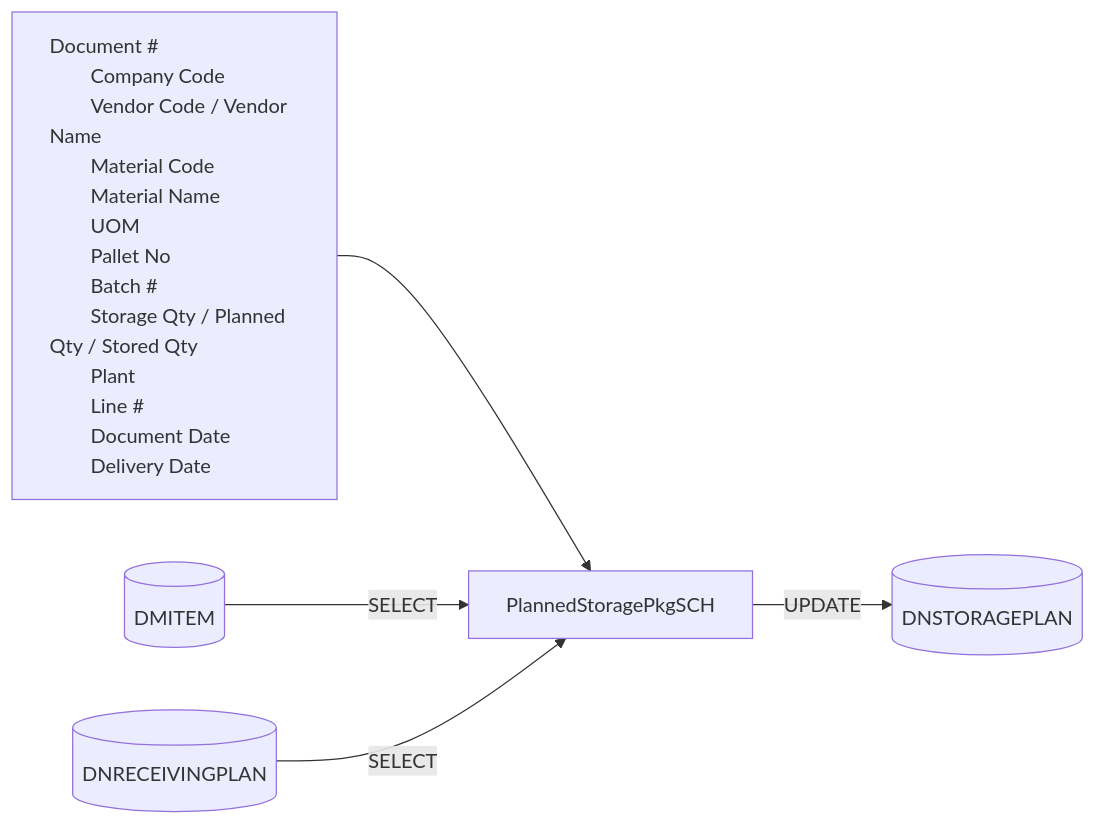
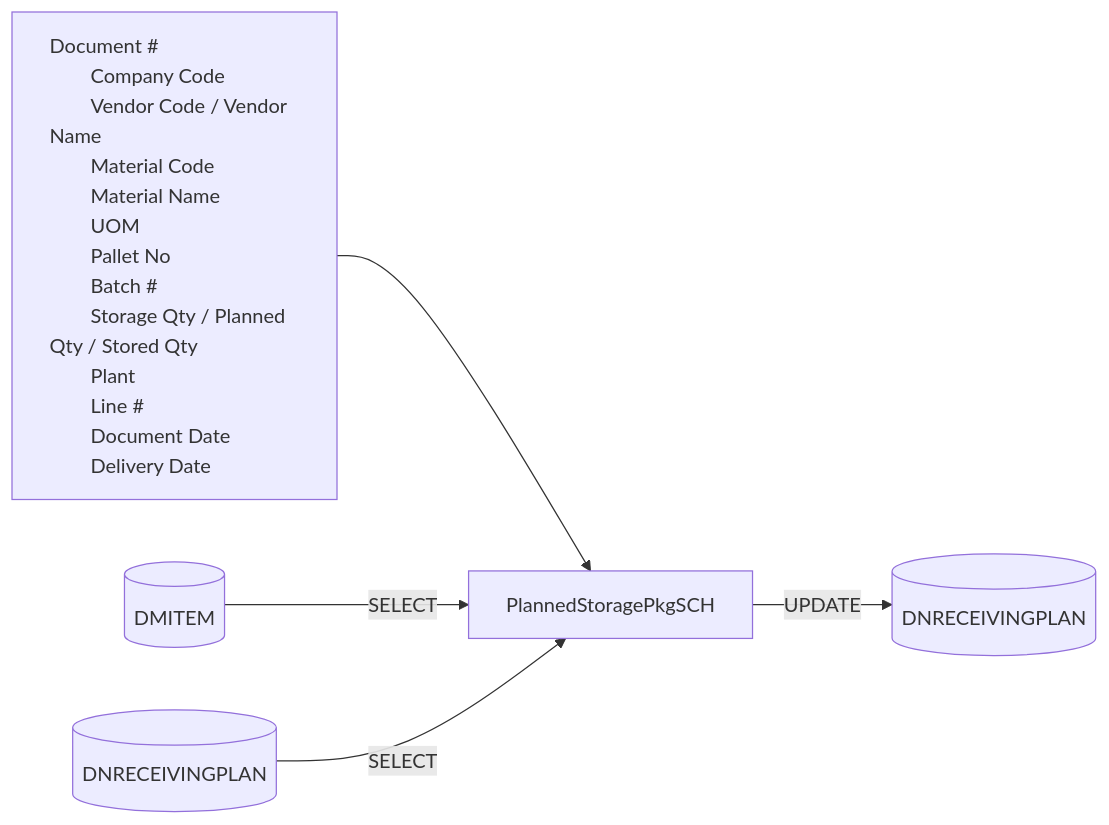
The first of 2 diagrams in Basic-Design/DFD-WMS/Storage/[SCREEN-ONLY]-Planned-Storage-Packaging-Material.md (luthfiadityaa/SimeDarby-Wiki), drawn with Mermaid before and after one commit.

Commit message:
Updated [SCREEN ONLY] Planned Storage Packaging Material

```diff
--- a/Basic-Design/DFD-WMS/Storage/[SCREEN-ONLY]-Planned-Storage-Packaging-Material.md
+++ b/Basic-Design/DFD-WMS/Storage/[SCREEN-ONLY]-Planned-Storage-Packaging-Material.md
@@ -35,38 +35,38 @@
 ::: mermaid
 flowchart LR
     input[
         Document #
         Company Code
         Vendor Code / Vendor Name
         Material Code
         Material Name
         UOM
         Pallet No        
         Batch #
         Storage Qty / Planned Qty / Stored Qty        
         Plant
         Line #
         Document Date
         Delivery Date
     ]
 
     tableList-select[("
         DMITEM
     ")]
 
     tableList-select2[("
         DNRECEIVINGPLAN
     ")]
 
     tableList-update[("
-        DNSTORAGEPLAN
+        DNRECEIVINGPLAN
     ")]
 
     className[PlannedStoragePkgSCH]
 
     input --> className--> |UPDATE| tableList-update
     tableList-select--> |SELECT| className 
     tableList-select2--> |SELECT| className 
 
     style input text-align:left
 :::
```
